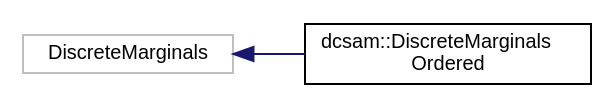
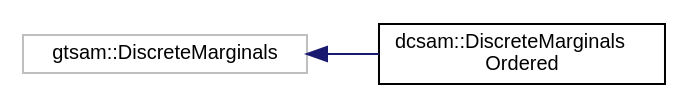
Before and after one commit to MarineRoboticsGroup/dcsam: the diagram in inherit_graph_7.dot, drawn with Graphviz. The commit also changed 230 other files, not shown here.

```diff
--- a/inherit_graph_7.dot
+++ b/inherit_graph_7.dot
@@ -1,10 +1,10 @@
 digraph "Graphical Class Hierarchy"
 {
  // LATEX_PDF_SIZE
   edge [fontname="Helvetica",fontsize="10",labelfontname="Helvetica",labelfontsize="10"];
   node [fontname="Helvetica",fontsize="10",shape=record];
   rankdir="LR";
-  Node13 [label="DiscreteMarginals",height=0.2,width=0.4,color="grey75", fillcolor="white", style="filled",tooltip=" "];
-  Node13 -> Node0 [dir="back",color="midnightblue",fontsize="10",style="solid",fontname="Helvetica"];
+  Node8 [label="gtsam::DiscreteMarginals",height=0.2,width=0.4,color="grey75", fillcolor="white", style="filled",tooltip=" "];
+  Node8 -> Node0 [dir="back",color="midnightblue",fontsize="10",style="solid",fontname="Helvetica"];
   Node0 [label="dcsam::DiscreteMarginals\lOrdered",height=0.2,width=0.4,color="black", fillcolor="white", style="filled",URL="$classdcsam_1_1_discrete_marginals_ordered.html",tooltip="Simple discrete marginals class allowing specific ordering."];
 }
```
